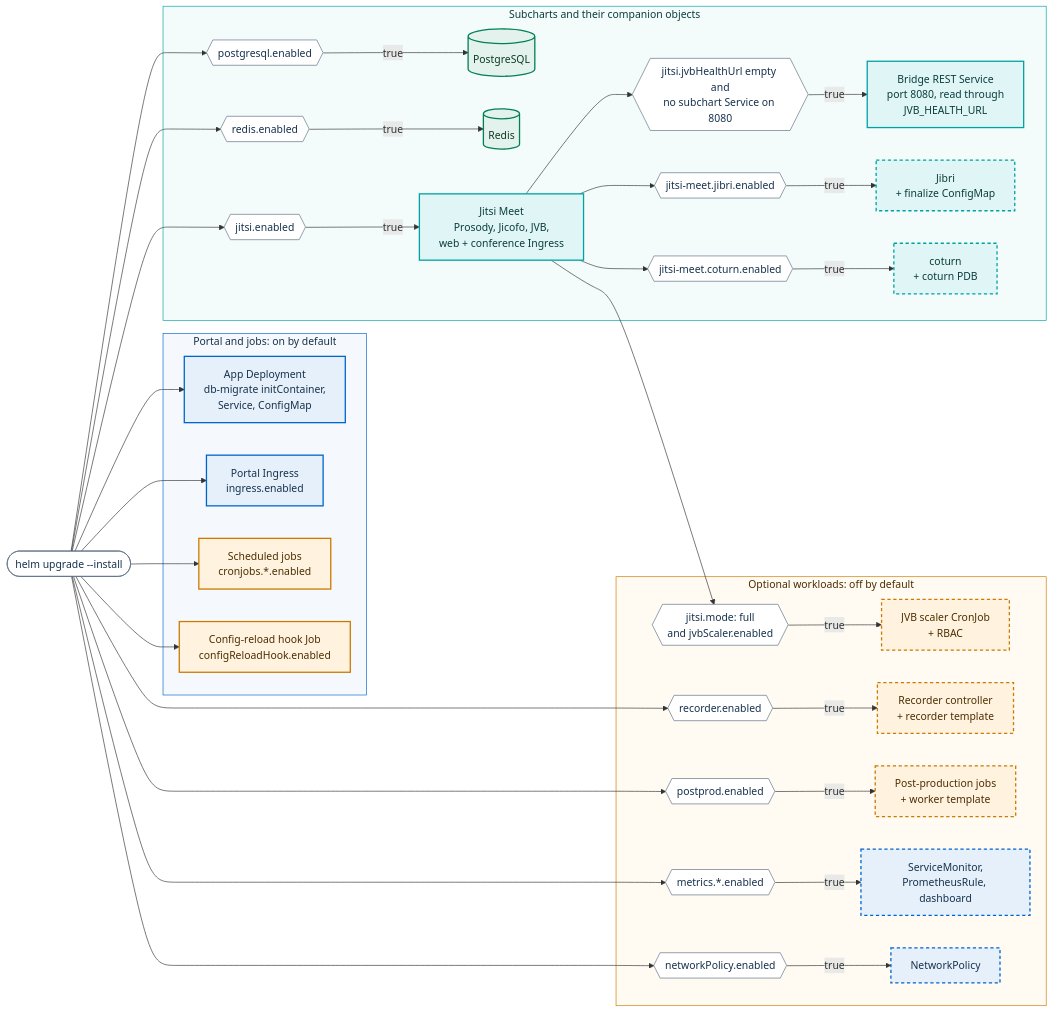
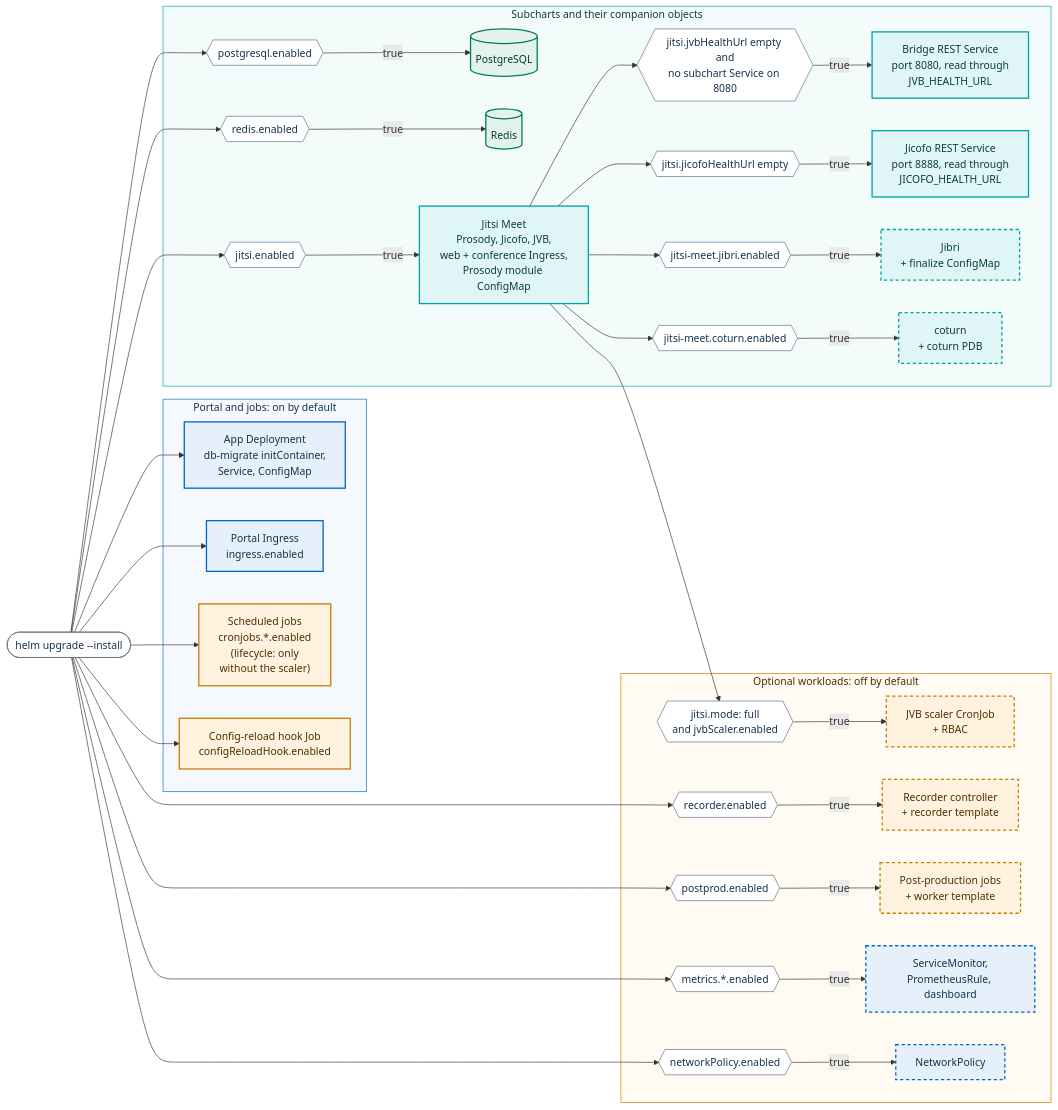
The first of 3 diagrams in docs/DEPLOYMENT.md (italia/pa-webinar), drawn with Mermaid before and after one commit. The commit also changed other lines of this file and 45 other files, not shown here.

````diff
--- a/docs/DEPLOYMENT.md
+++ b/docs/DEPLOYMENT.md
@@ -58,67 +58,70 @@
 ```mermaid
 flowchart LR
   classDef portal fill:#E6F0FA,stroke:#0066CC,stroke-width:2px,color:#17324D
   classDef job fill:#FFF3E0,stroke:#CC7A00,stroke-width:2px,color:#4D2E00
   classDef media fill:#E0F5F5,stroke:#00A3A3,stroke-width:2px,color:#0B3D3D
   classDef data fill:#E3F2EC,stroke:#008055,stroke-width:2px,color:#0B3D24
   classDef toggle fill:#FFFFFF,stroke:#5C6F82,stroke-width:1px,color:#17324D
   classDef optional stroke-dasharray:5 4
 
   REL(["helm upgrade --install"]):::toggle
 
   subgraph PORTAL["Portal and jobs: on by default"]
     APP["App Deployment<br/>db-migrate initContainer,<br/>Service, ConfigMap"]:::portal
     ING["Portal Ingress<br/>ingress.enabled"]:::portal
-    CRON["Scheduled jobs<br/>cronjobs.*.enabled"]:::job
+    CRON["Scheduled jobs<br/>cronjobs.*.enabled<br/>(lifecycle: only<br/>without the scaler)"]:::job
     HOOK["Config-reload hook Job<br/>configReloadHook.enabled"]:::job
   end
 
   subgraph SUB["Subcharts and their companion objects"]
     T_PG{{"postgresql.enabled"}}:::toggle
     PG[("PostgreSQL")]:::data
     T_RD{{"redis.enabled"}}:::toggle
     RD[("Redis")]:::data
     T_JM{{"jitsi.enabled"}}:::toggle
-    JM["Jitsi Meet<br/>Prosody, Jicofo, JVB,<br/>web + conference Ingress"]:::media
+    JM["Jitsi Meet<br/>Prosody, Jicofo, JVB,<br/>web + conference Ingress,<br/>Prosody module ConfigMap"]:::media
     T_JR{{"jitsi.jvbHealthUrl empty and<br/>no subchart Service on 8080"}}:::toggle
     JR["Bridge REST Service<br/>port 8080, read through<br/>JVB_HEALTH_URL"]:::media
+    T_JC{{"jitsi.jicofoHealthUrl empty"}}:::toggle
+    JC["Jicofo REST Service<br/>port 8888, read through<br/>JICOFO_HEALTH_URL"]:::media
     T_JB{{"jitsi-meet.jibri.enabled"}}:::toggle
     JB["Jibri<br/>+ finalize ConfigMap"]:::media
     T_CT{{"jitsi-meet.coturn.enabled"}}:::toggle
     CT["coturn<br/>+ coturn PDB"]:::media
   end
 
   subgraph OPT["Optional workloads: off by default"]
     T_SC{{"jitsi.mode: full<br/>and jvbScaler.enabled"}}:::toggle
     SC["JVB scaler CronJob<br/>+ RBAC"]:::job
     T_RC{{"recorder.enabled"}}:::toggle
     RC["Recorder controller<br/>+ recorder template"]:::job
     T_PP{{"postprod.enabled"}}:::toggle
     PP["Post-production jobs<br/>+ worker template"]:::job
     T_MO{{"metrics.*.enabled"}}:::toggle
     MO["ServiceMonitor,<br/>PrometheusRule, dashboard"]:::portal
     T_NP{{"networkPolicy.enabled"}}:::toggle
     NP["NetworkPolicy"]:::portal
   end
 
   REL --> APP
   REL --> ING
   REL --> CRON
   REL --> HOOK
   REL --> T_PG -->|"true"| PG
   REL --> T_RD -->|"true"| RD
   REL --> T_JM -->|"true"| JM
   JM --> T_JR -->|"true"| JR
+  JM --> T_JC -->|"true"| JC
   JM --> T_JB -->|"true"| JB
   JM --> T_CT -->|"true"| CT
   JM --> T_SC -->|"true"| SC
   REL --> T_RC -->|"true"| RC
   REL --> T_PP -->|"true"| PP
   REL --> T_MO -->|"true"| MO
   REL --> T_NP -->|"true"| NP
 
   class JB,CT,SC,RC,PP,MO,NP optional
   style PORTAL fill:#F5F9FD,stroke:#0066CC,color:#17324D
   style SUB fill:#F4FBFB,stroke:#00A3A3,color:#0B3D3D
   style OPT fill:#FFFAF2,stroke:#CC7A00,color:#4D2E00
 ```
````
